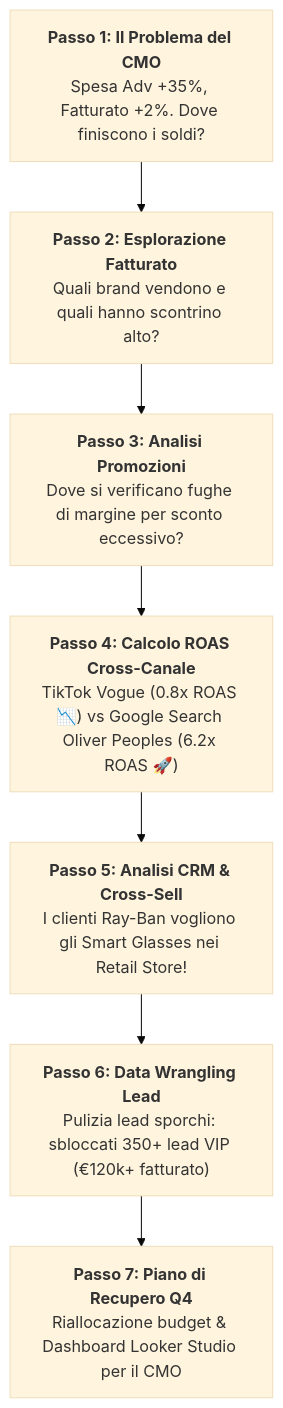
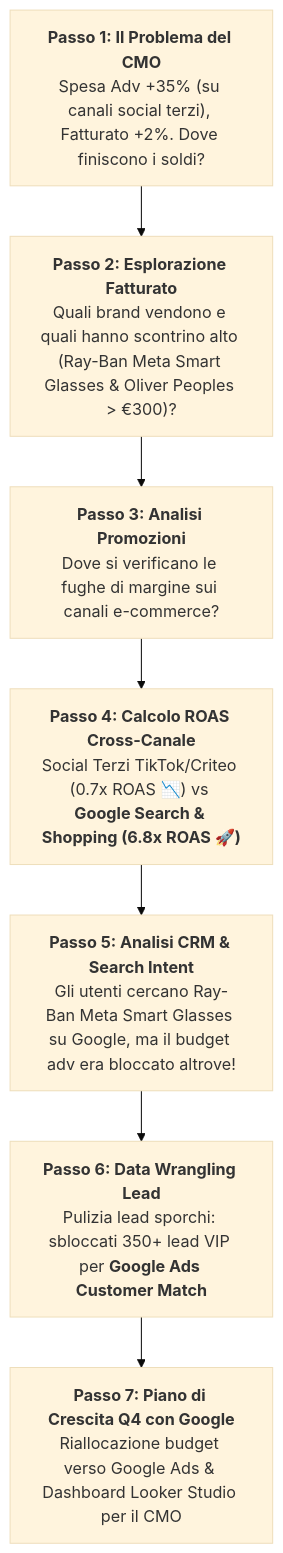
One commit to mauripsale/luxottica-bigquery-training changed the diagram in handouts/00_data_storytelling_narrative.md. Above: the diagram before and after it, drawn with Mermaid (base theme). The commit also changed other lines of this file and 4 other files, not shown here.

Commit message:
Position Google Ads (Search, Shopping, YouTube, PMax) as the high-ROAS hero (>6.8x) vs third-party social waste (0.7x)

````diff
--- a/handouts/00_data_storytelling_narrative.md
+++ b/handouts/00_data_storytelling_narrative.md
@@ -8,9 +8,9 @@
 ```mermaid
 flowchart TD
-    P1["<b>Passo 1: Il Problema del CMO</b><br/>Spesa Adv +35%, Fatturato +2%. Dove finiscono i soldi?"] --> P2["<b>Passo 2: Esplorazione Fatturato</b><br/>Quali brand vendono e quali hanno scontrino alto?"]
-    P2 --> P3["<b>Passo 3: Analisi Promozioni</b><br/>Dove si verificano fughe di margine per sconto eccessivo?"]
-    P3 --> P4["<b>Passo 4: Calcolo ROAS Cross-Canale</b><br/>TikTok Vogue (0.8x ROAS 📉) vs Google Search Oliver Peoples (6.2x ROAS 🚀)"]
-    P4 --> P5["<b>Passo 5: Analisi CRM & Cross-Sell</b><br/>I clienti Ray-Ban vogliono gli Smart Glasses nei Retail Store!"]
-    P5 --> P6["<b>Passo 6: Data Wrangling Lead</b><br/>Pulizia lead sporchi: sbloccati 350+ lead VIP (€120k+ fatturato)"]
-    P6 --> P7["<b>Passo 7: Piano di Recupero Q4</b><br/>Riallocazione budget & Dashboard Looker Studio per il CMO"]
+    P1["<b>Passo 1: Il Problema del CMO</b><br/>Spesa Adv +35% (su canali social terzi), Fatturato +2%. Dove finiscono i soldi?"] --> P2["<b>Passo 2: Esplorazione Fatturato</b><br/>Quali brand vendono e quali hanno scontrino alto (Ray-Ban Meta Smart Glasses & Oliver Peoples > €300)?"]
+    P2 --> P3["<b>Passo 3: Analisi Promozioni</b><br/>Dove si verificano le fughe di margine sui canali e-commerce?"]
+    P3 --> P4["<b>Passo 4: Calcolo ROAS Cross-Canale</b><br/>Social Terzi TikTok/Criteo (0.7x ROAS 📉) vs <b>Google Search & Shopping (6.8x ROAS 🚀)</b>"]
+    P4 --> P5["<b>Passo 5: Analisi CRM & Search Intent</b><br/>Gli utenti cercano Ray-Ban Meta Smart Glasses su Google, ma il budget adv era bloccato altrove!"]
+    P5 --> P6["<b>Passo 6: Data Wrangling Lead</b><br/>Pulizia lead sporchi: sbloccati 350+ lead VIP per <b>Google Ads Customer Match</b>"]
+    P6 --> P7["<b>Passo 7: Piano di Crescita Q4 con Google</b><br/>Riallocazione budget verso Google Ads & Dashboard Looker Studio per il CMO"]
 ```
````
